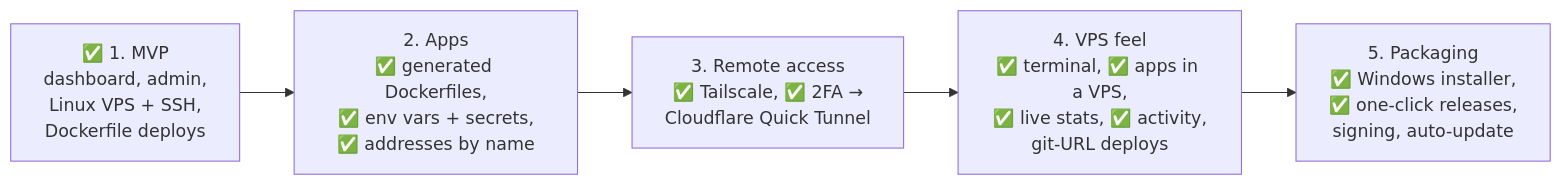
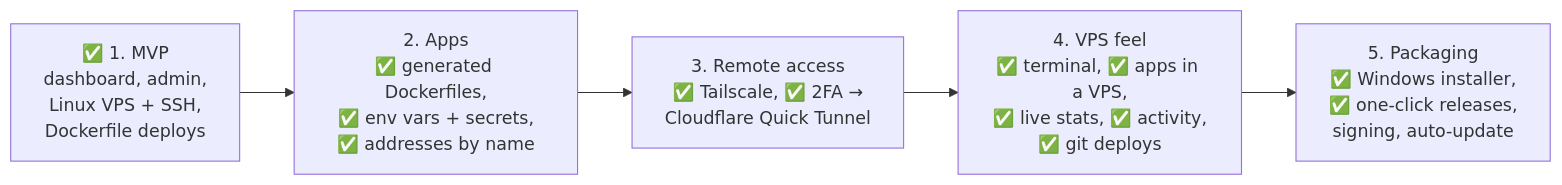
Diagram 11 of 11 in README.md (AbrarDW/lps), drawn with Mermaid before and after one commit. The commit also changed other lines of this file and 17 other files, not shown here.

First line of the commit message:
Deploy apps from a git repository

````diff
--- a/README.md
+++ b/README.md
@@ -452,9 +461,9 @@
 ```mermaid
 flowchart LR
     m1["✅ 1. MVP<br/>dashboard, admin,<br/>Linux VPS + SSH,<br/>Dockerfile deploys"]
     m2["2. Apps<br/>✅ generated Dockerfiles,<br/>✅ env vars + secrets,<br/>✅ addresses by name"]
     m3["3. Remote access<br/>✅ Tailscale, ✅ 2FA →<br/>Cloudflare Quick Tunnel"]
-    m4["4. VPS feel<br/>✅ terminal, ✅ apps in a VPS,<br/>✅ live stats, ✅ activity,<br/>git-URL deploys"]
+    m4["4. VPS feel<br/>✅ terminal, ✅ apps in a VPS,<br/>✅ live stats, ✅ activity,<br/>✅ git deploys"]
     m5["5. Packaging<br/>✅ Windows installer,<br/>✅ one-click releases,<br/>signing, auto-update"]
     m1 --> m2 --> m3 --> m4 --> m5
 ```
````
